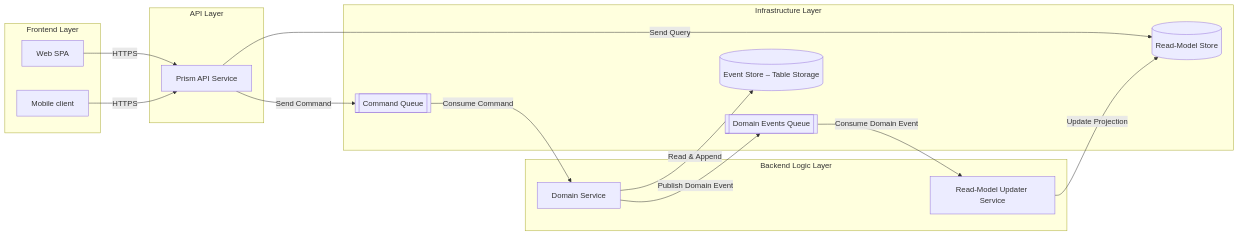
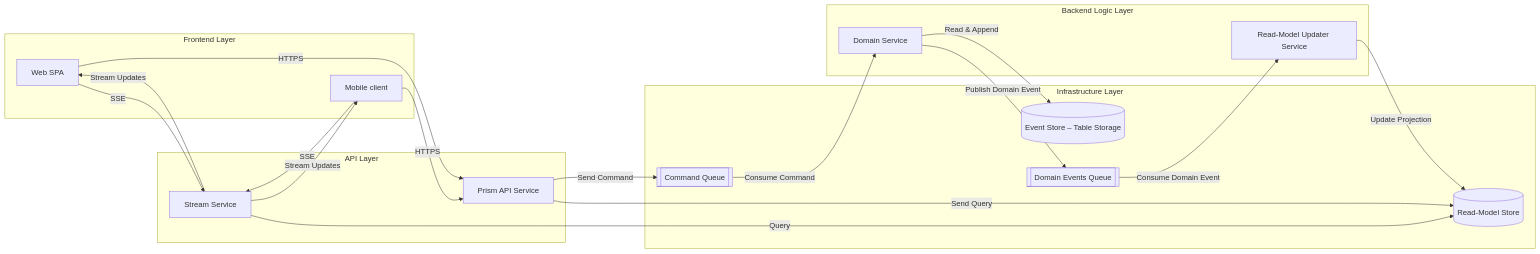
One commit to MisterVVP/prism-plan changed the diagram in docs/es_design.md. Above: the diagram before and after it, drawn with Mermaid. The commit also changed other lines of this file and 17 other files, not shown here.

Commit message:
feat: add stream service and improve logging

````diff
--- a/docs/es_design.md
+++ b/docs/es_design.md
@@ -9,38 +9,44 @@
 ```mermaid
 flowchart LR
   %% ─── Frontend ───────────────────
   subgraph FE_LAYER ["Frontend Layer"]
     WFE[Web SPA]
     MFE[Mobile client]
   end
 
   %% ─── API ────────────────────────
   subgraph API_LAYER ["API Layer"]
     API[Prism API Service]
+    SS[Stream Service]
   end
 
   %% ─── Backend Logic ──────────────
   subgraph BL_LAYER ["Backend Logic Layer"]
     DS[Domain Service]
     RMU[Read-Model Updater Service]
   end
 
   %% ─── Infrastructure ────────────
   subgraph INFRA_LAYER ["Infrastructure Layer"]
     CQ[[Command Queue]]
     ES[(Event Store – Table Storage)]
     DEQ[[Domain Events Queue]]
     RM[(Read-Model Store)]
   end
 
   %% ─── Flows ─────────────────────
   MFE -->|HTTPS| API
   WFE -->|HTTPS| API
+  MFE -->|SSE| SS
+  WFE -->|SSE| SS
+  SS -->|Stream Updates| MFE
+  SS -->|Stream Updates| WFE
+  SS -->|Query| RM
   API -->|Send Query| RM
   API -->|Send Command| CQ
   CQ -->|Consume Command| DS
   DS -->|Read &amp; Append| ES
   DS -->|Publish Domain Event| DEQ
   DEQ -->|Consume Domain Event| RMU
   RMU -->|Update Projection| RM
 ```
````
